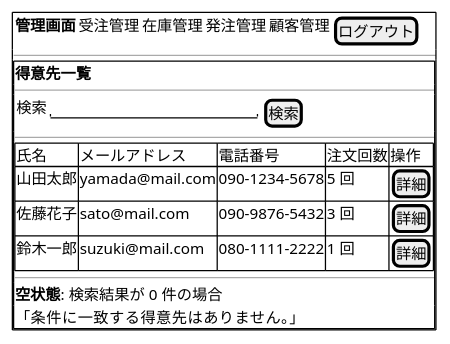
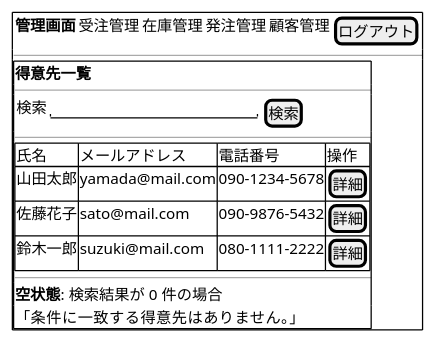
Diagram 25 of 26 in docs/design/ui-design.md (k2works/case-study-sdd-development), drawn with PlantUML before and after one commit. The commit also changed other lines of this file and 1 other file, not shown here.

First line of the commit message:
docs: IT7 画面設計を PlantUML salt に変換

````diff
--- a/docs/design/ui-design.md
+++ b/docs/design/ui-design.md
@@ -903,27 +958,27 @@
 ```plantuml
 @startsalt
 {+
   {
     <b>管理画面 | 受注管理 | 在庫管理 | 発注管理 | 顧客管理 | [ログアウト]
   }
   ---
   {+
     <b>得意先一覧
     ---
     {
       検索 | "                    " | [検索]
     }
     ---
     {#
-      氏名 | メールアドレス | 電話番号 | 注文回数 | 操作
-      山田太郎 | yamada@mail.com | 090-1234-5678 | 5 回 | [詳細]
-      佐藤花子 | sato@mail.com | 090-9876-5432 | 3 回 | [詳細]
-      鈴木一郎 | suzuki@mail.com | 080-1111-2222 | 1 回 | [詳細]
+      氏名 | メールアドレス | 電話番号 | 操作
+      山田太郎 | yamada@mail.com | 090-1234-5678 | [詳細]
+      佐藤花子 | sato@mail.com | 090-9876-5432 | [詳細]
+      鈴木一郎 | suzuki@mail.com | 080-1111-2222 | [詳細]
     }
     ---
     **空状態**: 検索結果が 0 件の場合
     「条件に一致する得意先はありません。」
   }
 }
 @endsalt
 ```
````
